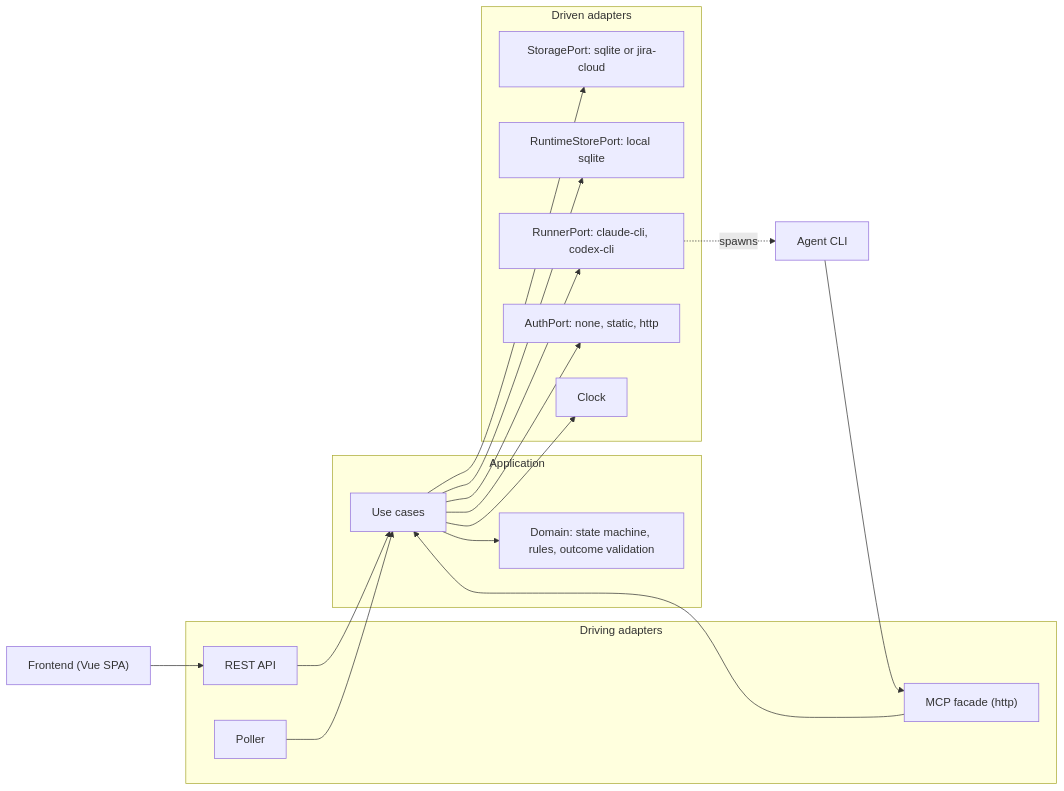
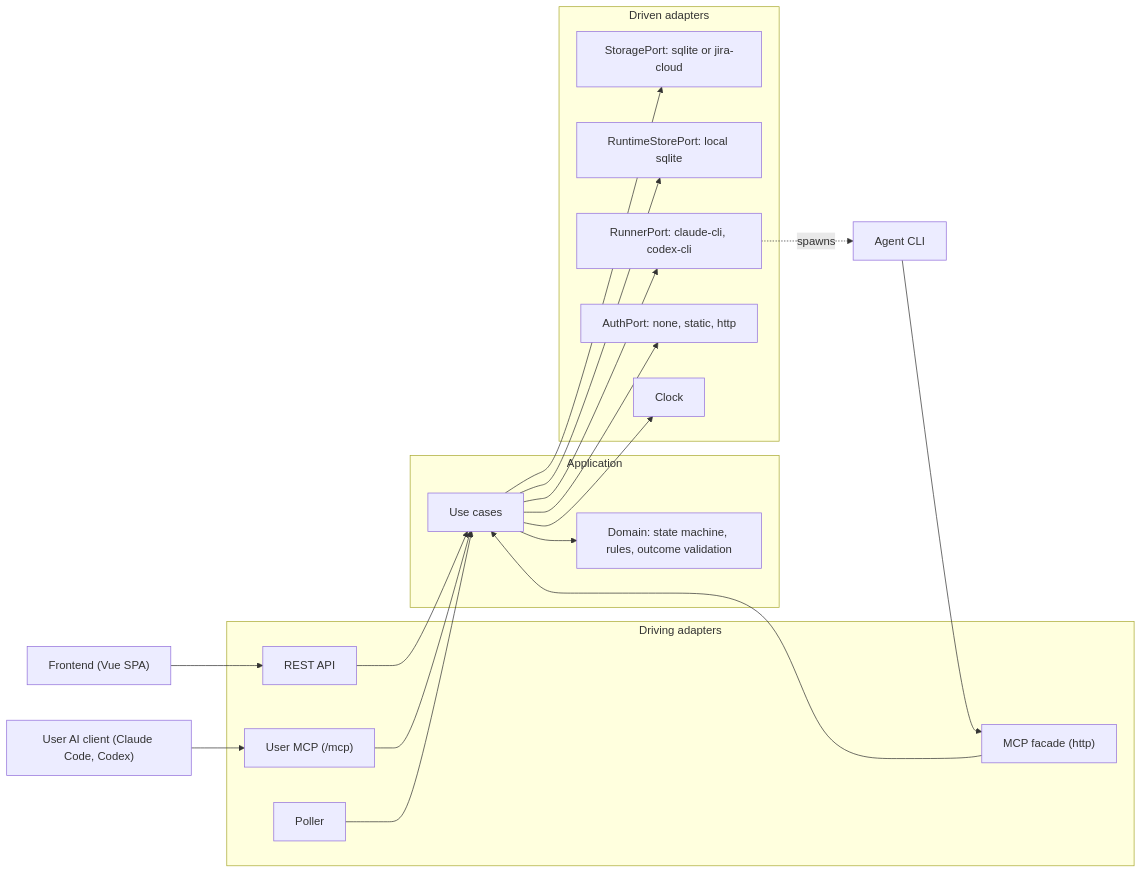
Before and after one commit to bingeli1379/tasuki: the first of 3 diagrams in docs/architecture.md, drawn with Mermaid. The commit also changed other lines of this file and 10 other files, not shown here.

First line of the commit message:
feat(server): serve an MCP endpoint for the user's AI client

````diff
--- a/docs/architecture.md
+++ b/docs/architecture.md
@@ -16,35 +16,38 @@
 ```mermaid
 flowchart LR
   FE["Frontend (Vue SPA)"] --> REST
   AG["Agent CLI"] --> MCP
+  UA["User AI client (Claude Code, Codex)"] --> UMCP
 
   subgraph Driving["Driving adapters"]
     REST["REST API"]
     MCP["MCP facade (http)"]
+    UMCP["User MCP (/mcp)"]
     POLL["Poller"]
   end
 
   subgraph App["Application"]
     UC["Use cases"]
     DOM["Domain: state machine, rules, outcome validation"]
   end
 
   subgraph Driven["Driven adapters"]
     ST["StoragePort: sqlite or jira-cloud"]
     RT["RuntimeStorePort: local sqlite"]
     RUN["RunnerPort: claude-cli, codex-cli"]
     AUTH["AuthPort: none, static, http"]
     CLK["Clock"]
   end
 
   REST --> UC
   MCP --> UC
+  UMCP --> UC
   POLL --> UC
   UC --> DOM
   UC --> ST
   UC --> RT
   UC --> RUN
   UC --> AUTH
   UC --> CLK
   RUN -. spawns .-> AG
 ```
````
